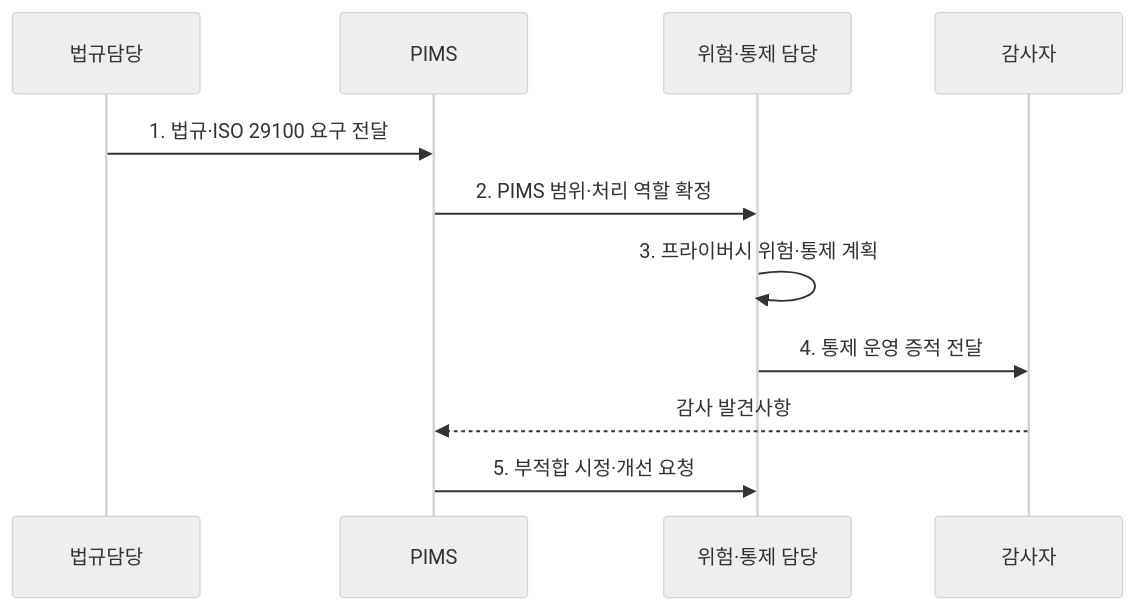
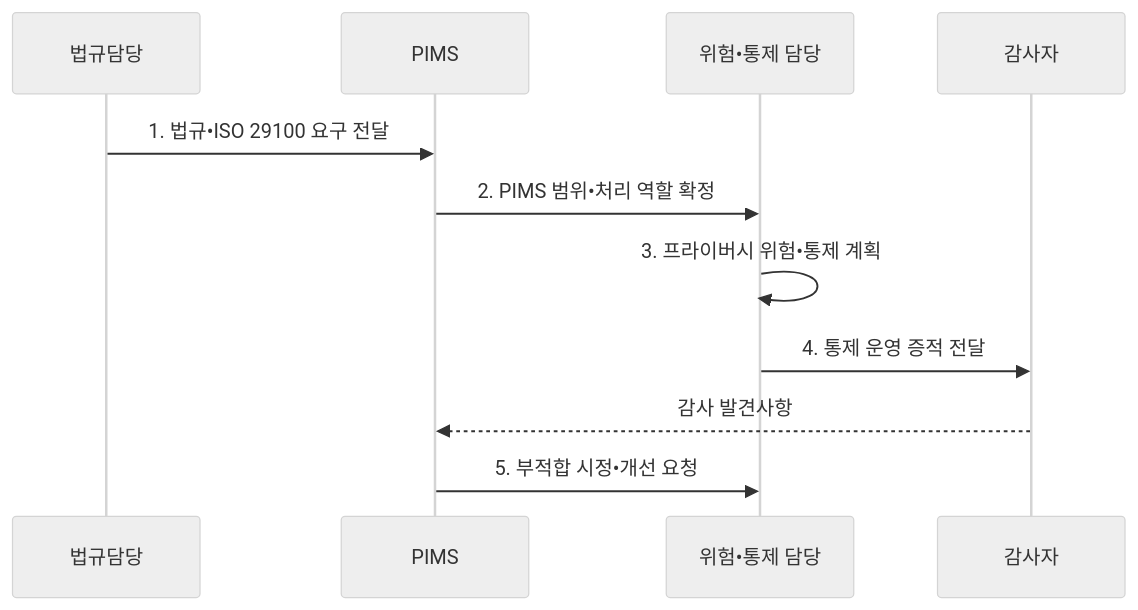
The second of 2 diagrams in src/content/docs/notes/05-security/101_iso_29100_iso_27701.md (agnusdei1207/knowledge-base), drawn with Mermaid (neutral theme) before and after one commit. The commit also changed other lines of this file and 953 other files, not shown here.

````diff
--- a/src/content/docs/notes/05-security/101_iso_29100_iso_27701.md
+++ b/src/content/docs/notes/05-security/101_iso_29100_iso_27701.md
@@ -98,13 +98,13 @@
 ```mermaid
 sequenceDiagram
   participant L as 법규담당
   participant P as PIMS
-  participant C as 위험·통제 담당
+  participant C as 위험•통제 담당
   participant A as 감사자
-  L->>P: 1. 법규·ISO 29100 요구 전달
-  P->>C: 2. PIMS 범위·처리 역할 확정
-  C->>C: 3. 프라이버시 위험·통제 계획
+  L->>P: 1. 법규•ISO 29100 요구 전달
+  P->>C: 2. PIMS 범위•처리 역할 확정
+  C->>C: 3. 프라이버시 위험•통제 계획
   C->>A: 4. 통제 운영 증적 전달
   A-->>P: 감사 발견사항
-  P->>C: 5. 부적합 시정·개선 요청
+  P->>C: 5. 부적합 시정•개선 요청
 ```
````
